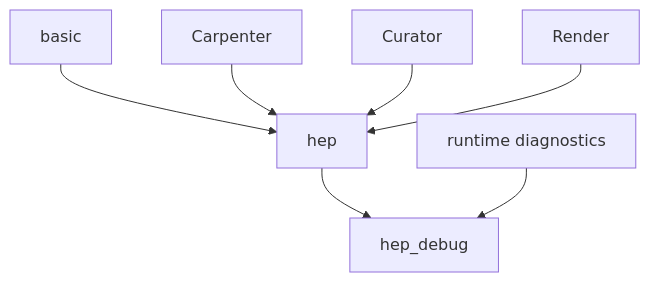
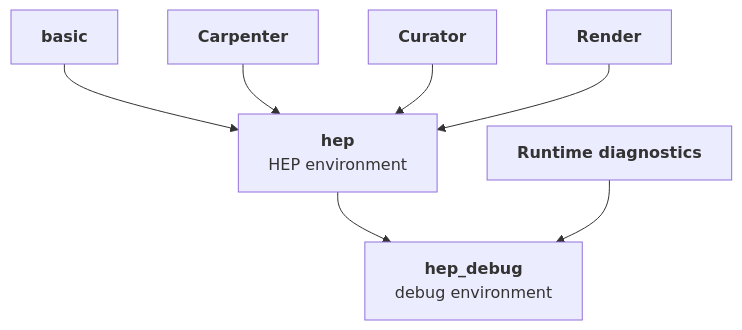
Before and after one commit to FAST-HEP/fasthep-flow: the second of 2 diagrams in docs/extending/registries-and-profiles.md, drawn with Mermaid. The commit also changed other lines of this file and 9 other files, not shown here.

````diff
--- a/docs/extending/registries-and-profiles.md
+++ b/docs/extending/registries-and-profiles.md
@@ -154,19 +154,19 @@
 ```{mermaid}
 flowchart TD
-    Basic["basic"]
-    HEP["hep"]
-    Debug["hep_debug"]
+    Basic["<b>basic</b>"]:::capability
+    HEP["<b>hep</b><br/>HEP environment"]:::flow
+    Debug["<b>hep_debug</b><br/>debug environment"]:::flow
 
-    Carpenter["Carpenter"]
-    Curator["Curator"]
-    Render["Render"]
-    Diagnostics["runtime diagnostics"]
+    Carpenter["<b>Carpenter</b>"]:::transform
+    Curator["<b>Curator</b>"]:::observer
+    Render["<b>Render</b>"]:::sink
+    Diagnostics["<b>Runtime diagnostics</b>"]:::observer
 
     Basic --> HEP
     Carpenter --> HEP
     Curator --> HEP
     Render --> HEP
 
     HEP --> Debug
     Diagnostics --> Debug
 ```
````
